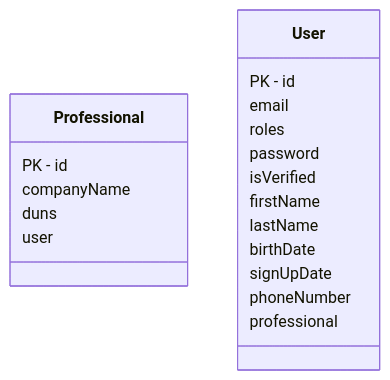
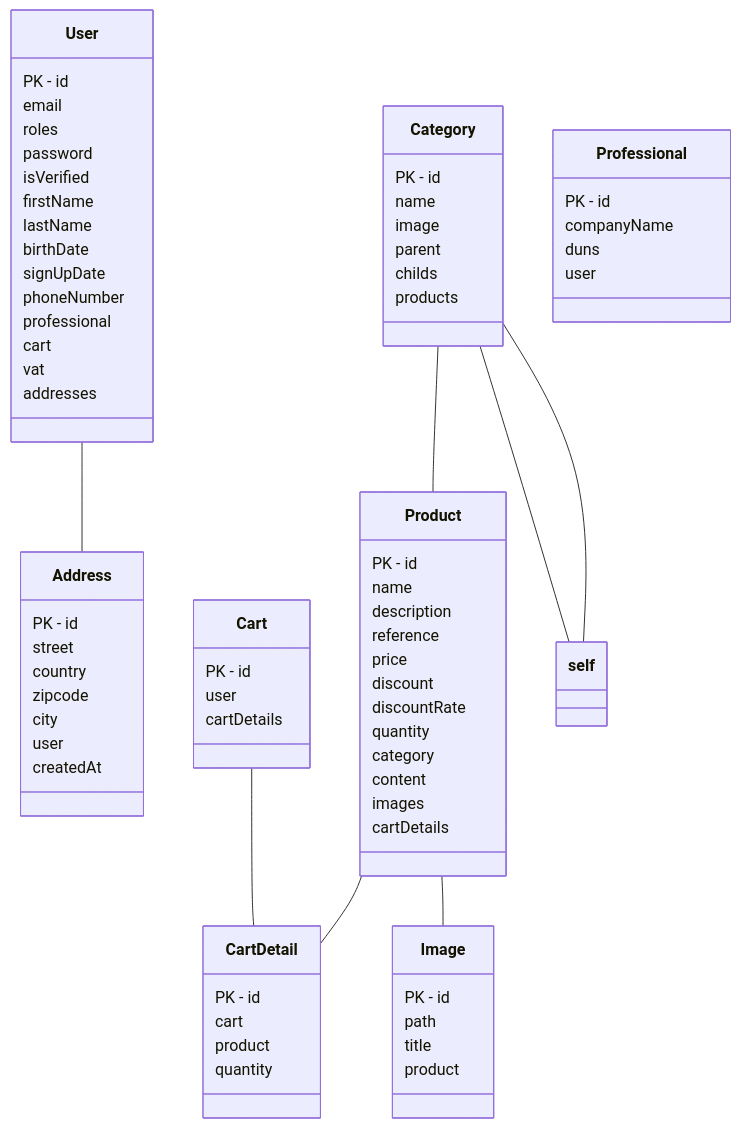
The diagram in UML.md (Mochafe/Projet-Fil-Rouge-Symfony-V1), drawn with Mermaid before and after one commit. The commit also changed 4 other files, not shown here.

````diff
--- a/UML.md
+++ b/UML.md
@@ -1,13 +1,66 @@
 ```mermaid
 classDiagram
 
-class Professional{
+class Address{
 PK - id
-companyName
-duns
+street
+country
+zipcode
+city
 user
+createdAt
 }
 
+class Cart{
+PK - id
+user
+cartDetails
+}
+
+Cart -- CartDetail
+class CartDetail{
+PK - id
+cart
+product
+quantity
+}
+
+class Category{
+PK - id
+name
+image
+parent
+childs
+products
+}
+
+Category -- self
+Category -- self
+Category -- Product
+class Image{
+PK - id
+path
+title
+product
+}
+
+class Product{
+PK - id
+name
+description
+reference
+price
+discount
+discountRate
+quantity
+category
+content
+images
+cartDetails
+}
+
+Product -- Image
+Product -- CartDetail
 class User{
 PK - id
 email
@@ -20,6 +73,17 @@
 signUpDate
 phoneNumber
 professional
+cart
+vat
+addresses
+}
+
+User -- Address
+class Professional{
+PK - id
+companyName
+duns
+user
 }
 
 
````
